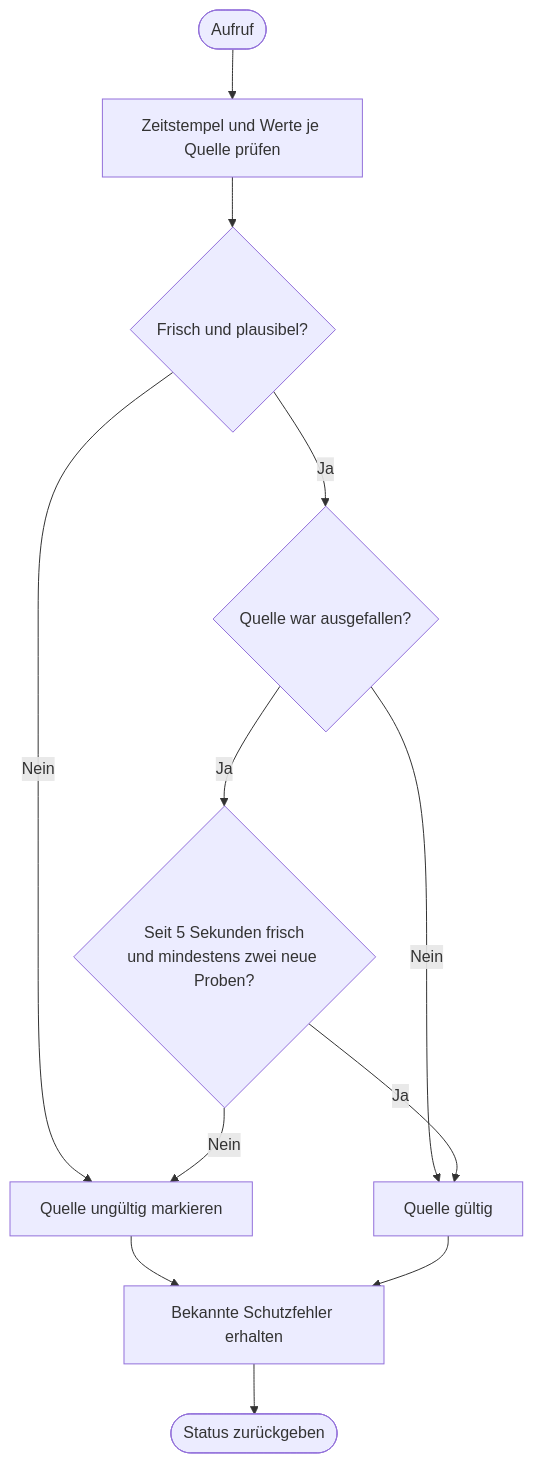
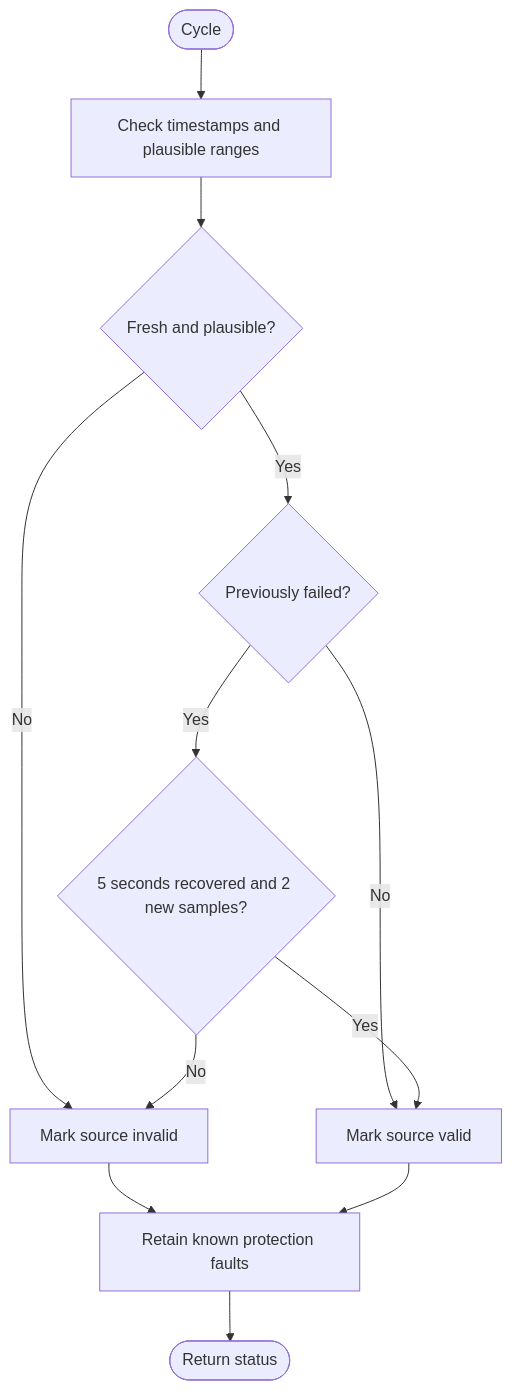
The diagram in docs/regelungsplannung/01-messwerte.md (vitalyruhl/SolarBatteryTelemetry), drawn with Mermaid before and after one commit. The commit also changed other lines of this file and 13 other files, not shown here.

````diff
--- a/docs/regelungsplannung/01-messwerte.md
+++ b/docs/regelungsplannung/01-messwerte.md
@@ -16,14 +18,13 @@
 ```mermaid
 flowchart TD
-    A([Aufruf]) --> B[Zeitstempel und Werte je Quelle prüfen]
-    B --> C{Frisch und plausibel?}
-    C -- Nein --> D[Quelle ungültig markieren]
-    C -- Ja --> E{Quelle war ausgefallen?}
-    E -- Nein --> F[Quelle gültig]
-    E -- Ja --> G{Seit 5 Sekunden frisch<br/>und mindestens zwei neue Proben?}
-    G -- Nein --> D
-    G -- Ja --> F
-    D --> H[Bekannte Schutzfehler erhalten]
-    F --> H
-    H --> I([Status zurückgeben])
+ A([Cycle]) --> B[Check timestamps and plausible ranges]
+ B --> C{Fresh and plausible?}
+ C -- No --> D[Mark source invalid]
+ C -- Yes --> E{Previously failed?}
+ E -- No --> F[Mark source valid]
+ E -- Yes --> G{5 seconds recovered and 2 new samples?}
+ G -- No --> D
+ G -- Yes --> F
+ D --> H[Retain known protection faults]
+ F --> H --> I([Return status])
 ```
````
